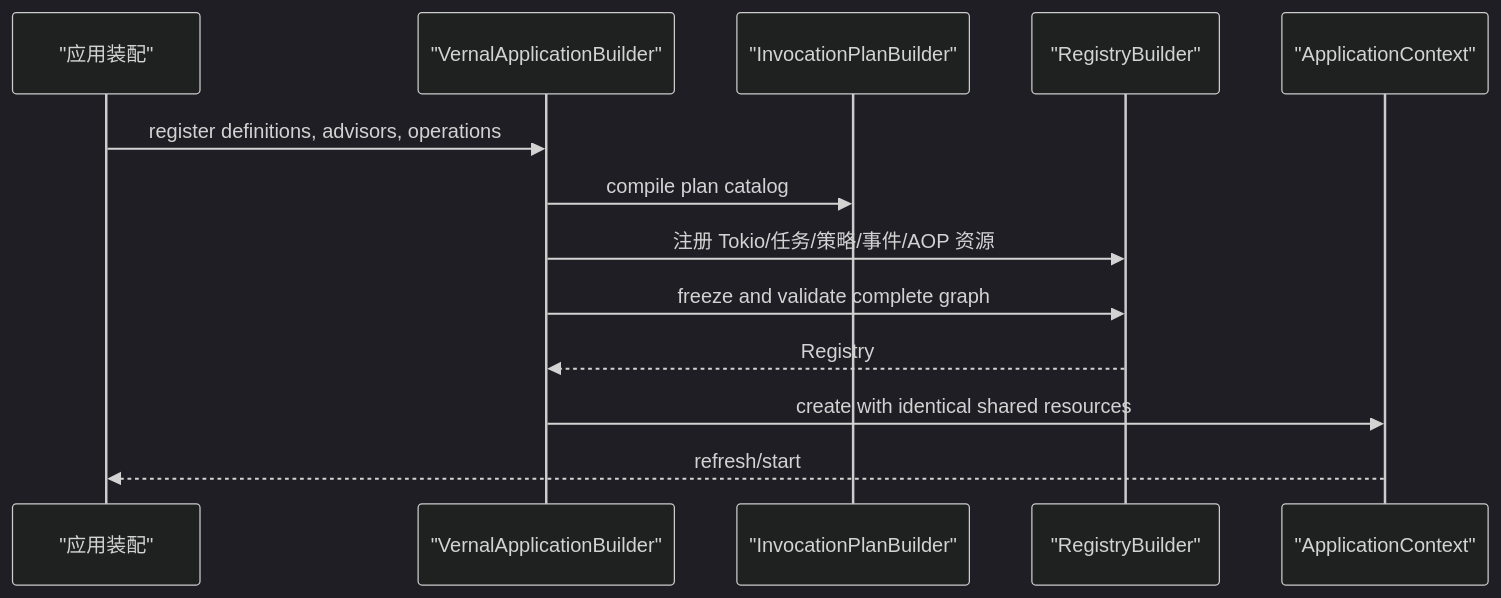
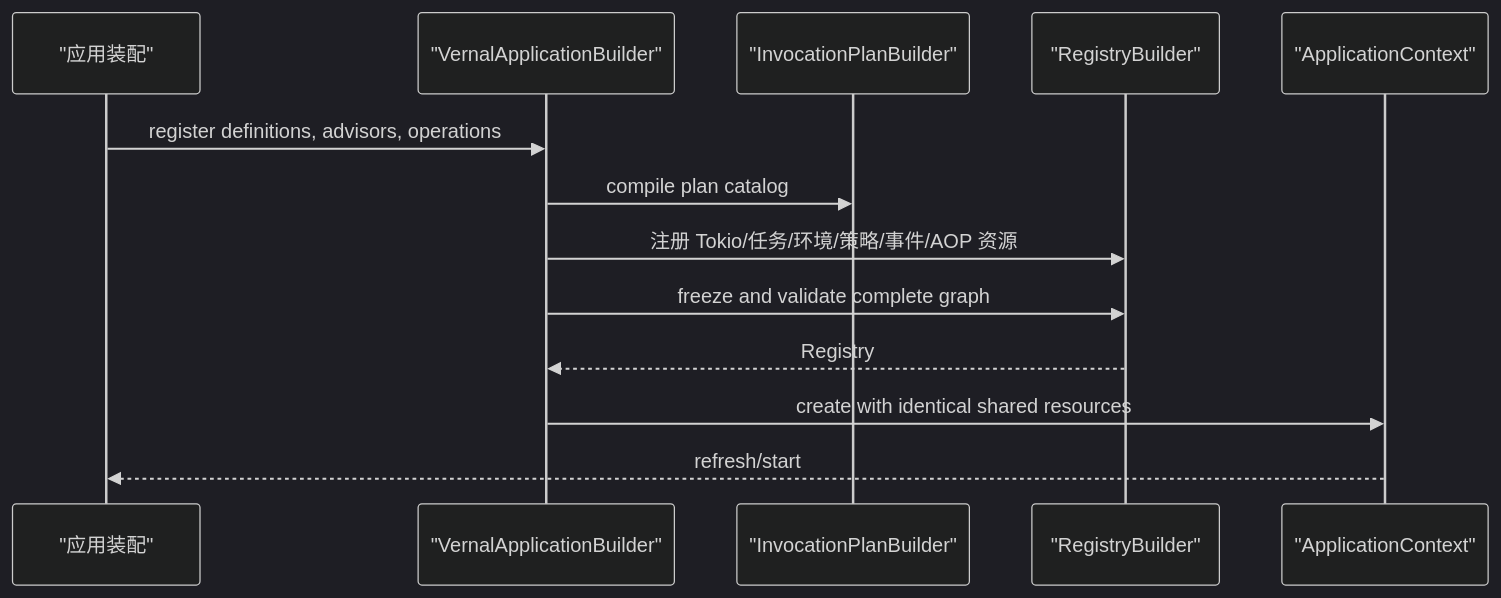
One commit to easy-4-rust/vernal changed the ninth of 18 diagrams in docs/Vernal-Architecture.zh_CN.md. Above: the diagram before and after it, drawn with Mermaid (dark theme). The commit also changed other lines of this file and 17 other files, not shown here.

````diff
--- a/docs/Vernal-Architecture.zh_CN.md
+++ b/docs/Vernal-Architecture.zh_CN.md
@@ -596,16 +600,16 @@
 ```mermaid
 sequenceDiagram
     participant App as "应用装配"
     participant Builder as "VernalApplicationBuilder"
     participant AOP as "InvocationPlanBuilder"
     participant Graph as "RegistryBuilder"
     participant Context as "ApplicationContext"
 
     App->>Builder: register definitions, advisors, operations
     Builder->>AOP: compile plan catalog
-    Builder->>Graph: 注册 Tokio/任务/策略/事件/AOP 资源
+    Builder->>Graph: 注册 Tokio/任务/环境/策略/事件/AOP 资源
     Builder->>Graph: freeze and validate complete graph
     Graph-->>Builder: Registry
     Builder->>Context: create with identical shared resources
     Context-->>App: refresh/start
 ```
````
